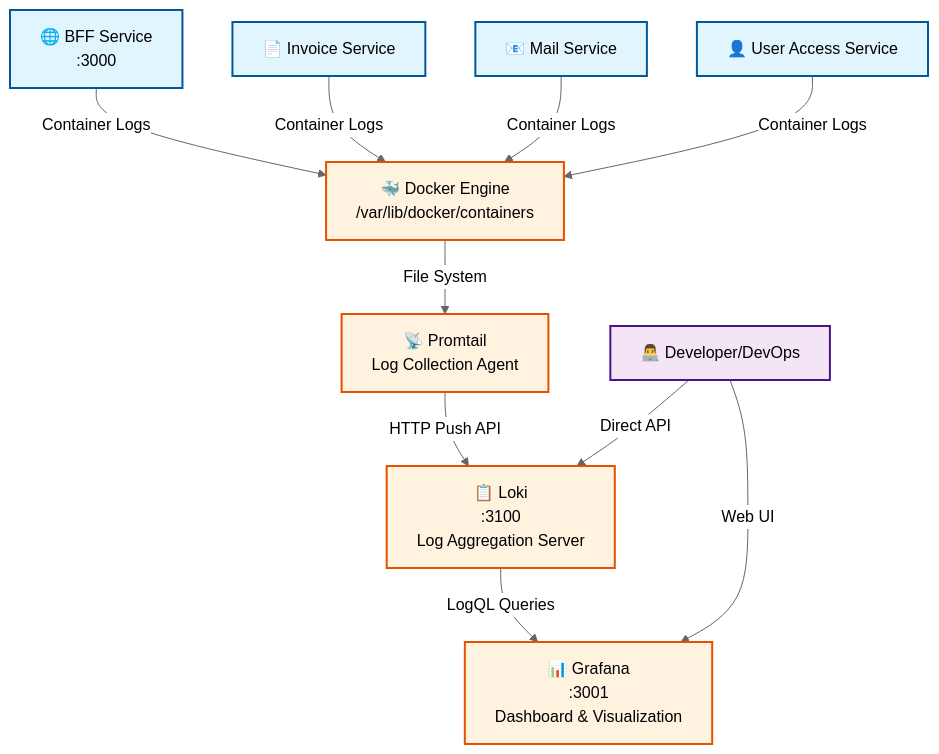
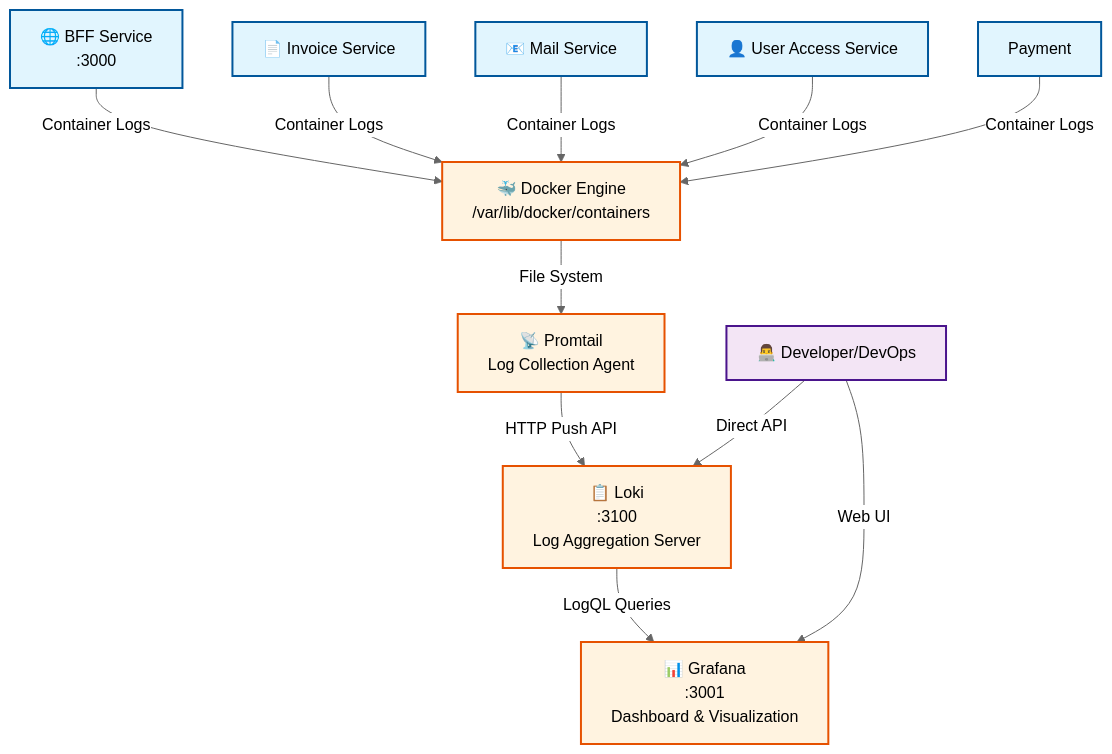
Before and after one commit to thanhmati/einvoice-backend: the fourth of 8 diagrams in TEACHING_GUIDE.md, drawn with Mermaid (neutral theme). The commit also changed other lines of this file and 4 other files, not shown here.

Commit message:
Add Stripe payment integration with webhook handling and email flow

````diff
--- a/TEACHING_GUIDE.md
+++ b/TEACHING_GUIDE.md
@@ -231,39 +459,40 @@
 ```mermaid
 graph TB
     %% Microservices Layer
     BFF["🌐 BFF Service<br/>:3000"]
     Invoice["📄 Invoice Service"]
     Mail["📧 Mail Service"]
     UserAccess["👤 User Access Service"]
     
     %% Docker Layer
     Docker["🐳 Docker Engine<br/>/var/lib/docker/containers"]
     
     %% Logging Stack
     Promtail["📡 Promtail<br/>Log Collection Agent"]
     Loki["📋 Loki<br/>:3100<br/>Log Aggregation Server"]
     Grafana["📊 Grafana<br/>:3001<br/>Dashboard & Visualization"]
     
     %% Log Flow
     BFF -->|"Container Logs"| Docker
     Invoice -->|"Container Logs"| Docker
     Mail -->|"Container Logs"| Docker
     UserAccess -->|"Container Logs"| Docker
+    Payment -->|"Container Logs"| Docker
     
     Docker -->|"File System"| Promtail
     Promtail -->|"HTTP Push API"| Loki
     Loki -->|"LogQL Queries"| Grafana
     
     %% User Access
     User["👨‍💻 Developer/DevOps"] -->|"Web UI"| Grafana
     User -->|"Direct API"| Loki
     
     %% Styling
     classDef serviceBox fill:#e1f5fe,stroke:#01579b,stroke-width:2px
     classDef logBox fill:#fff3e0,stroke:#e65100,stroke-width:2px
     classDef userBox fill:#f3e5f5,stroke:#4a148c,stroke-width:2px
     
-    class BFF,Invoice,Mail,UserAccess serviceBox
+    class BFF,Invoice,Mail,UserAccess,Payment serviceBox
     class Docker,Promtail,Loki,Grafana logBox
     class User userBox
 ```
````
